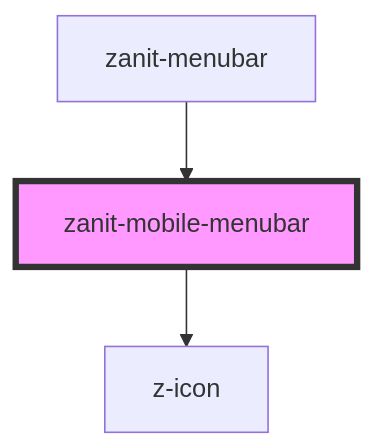
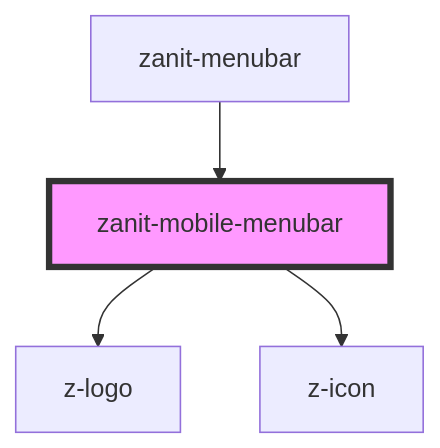
One commit to ZanichelliEditore/zanichelli-it-frontend-kit changed the diagram in src/components/menubar/mobile-menubar/readme.md. Above: the diagram before and after it, drawn with Mermaid. The commit also changed other lines of this file and 9 other files, not shown here.

````diff
--- a/src/components/menubar/mobile-menubar/readme.md
+++ b/src/components/menubar/mobile-menubar/readme.md
@@ -39,6 +40,7 @@
 ```mermaid
 graph TD;
+  zanit-mobile-menubar --> z-logo
   zanit-mobile-menubar --> z-icon
   zanit-menubar --> zanit-mobile-menubar
   style zanit-mobile-menubar fill:#f9f,stroke:#333,stroke-width:4px
 ```
````
